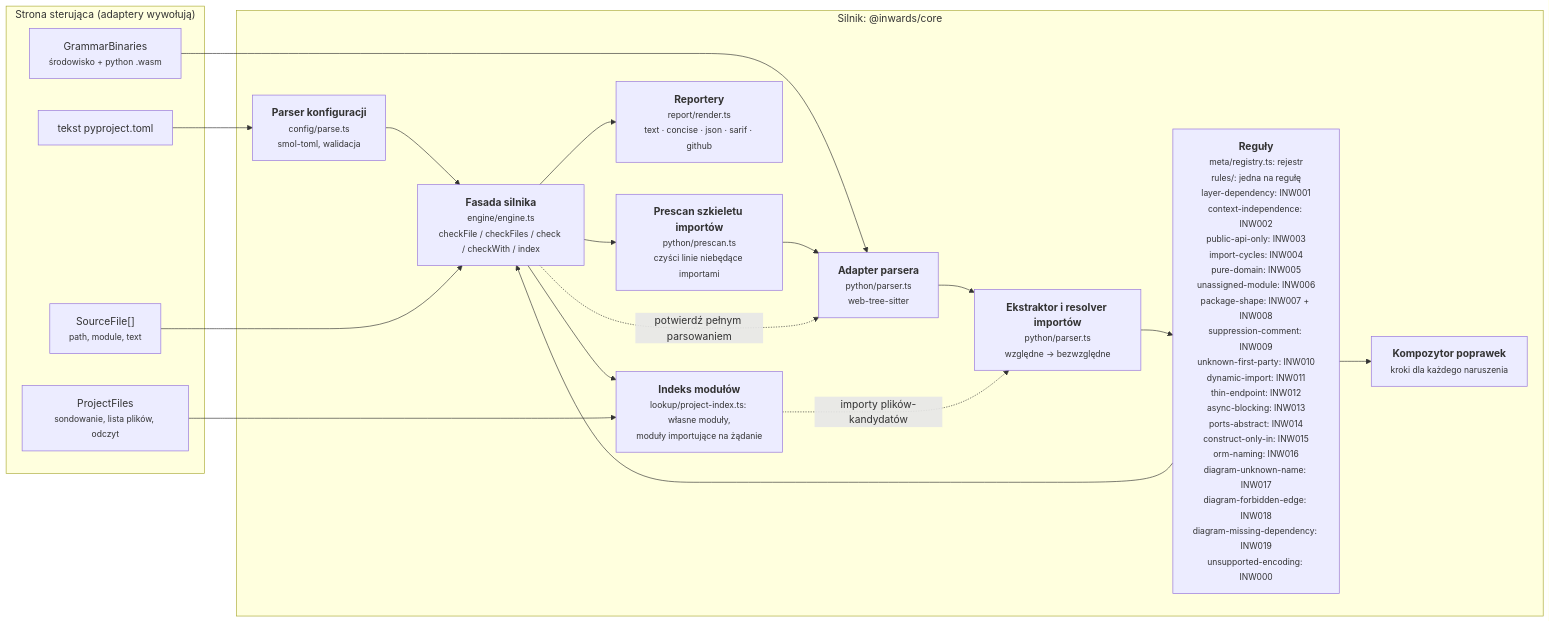
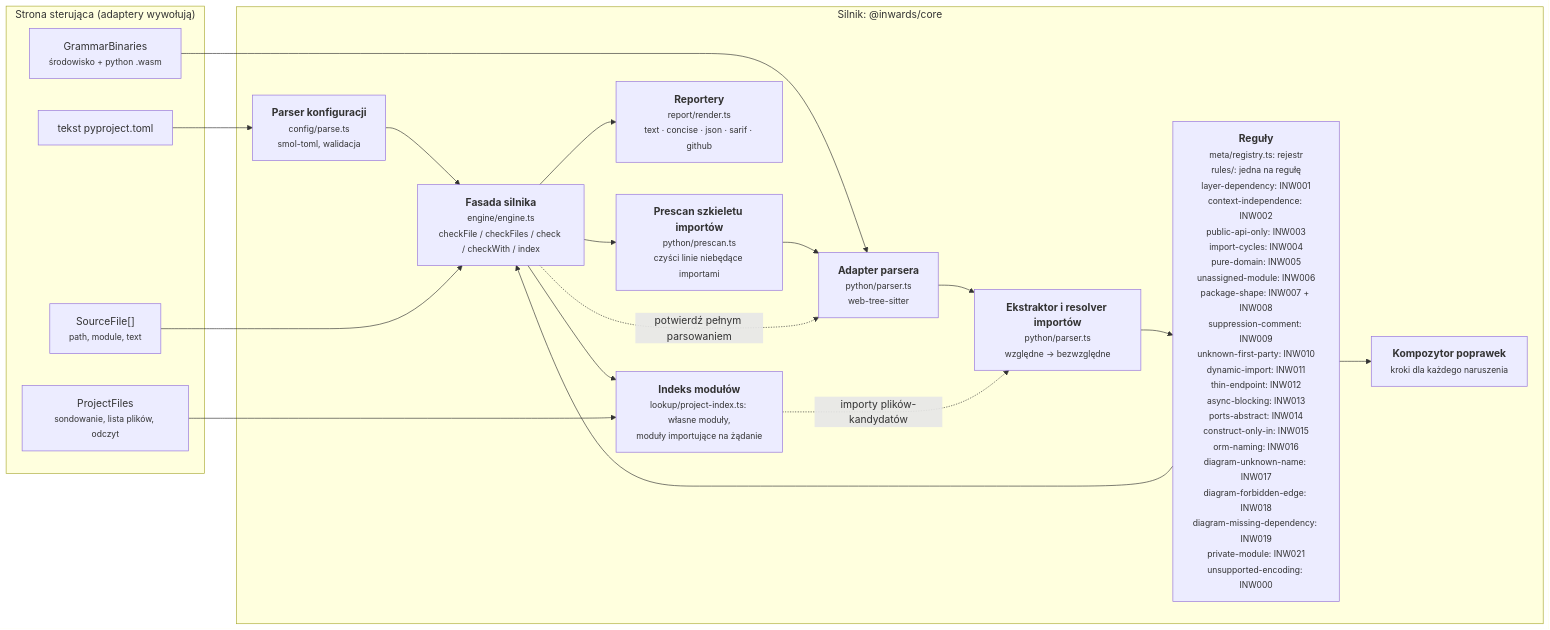
One commit to SirCypkowskyy/inwards changed the third of 6 diagrams in docs/pl/03-Architecture-C4.md. Above: the diagram before and after it, drawn with Mermaid. The commit also changed other lines of this file and 37 other files, not shown here.

````diff
--- a/docs/pl/03-Architecture-C4.md
+++ b/docs/pl/03-Architecture-C4.md
@@ -110,33 +110,33 @@
 ```mermaid
 flowchart LR
     subgraph driving["Strona sterująca (adaptery wywołują)"]
         files["SourceFile[]<br/><small>path, module, text</small>"]
         cfgtext["tekst pyproject.toml"]
         wasm["GrammarBinaries<br/><small>środowisko + python .wasm</small>"]
         pfiles["ProjectFiles<br/><small>sondowanie, lista plików, odczyt</small>"]
     end
 
     subgraph enginebox["Silnik: @inwards/core"]
         config["<b>Parser konfiguracji</b><br/><small>config/parse.ts<br/>smol-toml, walidacja</small>"]
         pre["<b>Prescan szkieletu importów</b><br/><small>python/prescan.ts<br/>czyści linie niebędące importami</small>"]
         parser["<b>Adapter parsera</b><br/><small>python/parser.ts<br/>web-tree-sitter</small>"]
         extract["<b>Ekstraktor i resolver importów</b><br/><small>python/parser.ts<br/>względne → bezwzględne</small>"]
-        rules["<b>Reguły</b><br/><small>meta/registry.ts: rejestr<br/>rules/: jedna na regułę<br/>layer-dependency: INW001<br/>context-independence: INW002<br/>public-api-only: INW003<br/>import-cycles: INW004<br/>pure-domain: INW005<br/>unassigned-module: INW006<br/>package-shape: INW007 + INW008<br/>suppression-comment: INW009<br/>unknown-first-party: INW010<br/>dynamic-import: INW011<br/>thin-endpoint: INW012<br/>async-blocking: INW013<br/>ports-abstract: INW014<br/>construct-only-in: INW015<br/>orm-naming: INW016<br/>diagram-unknown-name: INW017<br/>diagram-forbidden-edge: INW018<br/>diagram-missing-dependency: INW019<br/>unsupported-encoding: INW000</small>"]
+        rules["<b>Reguły</b><br/><small>meta/registry.ts: rejestr<br/>rules/: jedna na regułę<br/>layer-dependency: INW001<br/>context-independence: INW002<br/>public-api-only: INW003<br/>import-cycles: INW004<br/>pure-domain: INW005<br/>unassigned-module: INW006<br/>package-shape: INW007 + INW008<br/>suppression-comment: INW009<br/>unknown-first-party: INW010<br/>dynamic-import: INW011<br/>thin-endpoint: INW012<br/>async-blocking: INW013<br/>ports-abstract: INW014<br/>construct-only-in: INW015<br/>orm-naming: INW016<br/>diagram-unknown-name: INW017<br/>diagram-forbidden-edge: INW018<br/>diagram-missing-dependency: INW019<br/>private-module: INW021<br/>unsupported-encoding: INW000</small>"]
         fix["<b>Kompozytor poprawek</b><br/><small>kroki dla każdego naruszenia</small>"]
         report["<b>Reportery</b><br/><small>report/render.ts<br/>text · concise · json · sarif · github</small>"]
         engine["<b>Fasada silnika</b><br/><small>engine/engine.ts<br/>checkFile / checkFiles / check / checkWith / index</small>"]
         modgraph["<b>Indeks modułów</b><br/><small>lookup/project-index.ts: własne moduły,<br/>moduły importujące na żądanie</small>"]
     end
 
     cfgtext --> config --> engine
     wasm --> parser
     files --> engine
     engine --> pre --> parser --> extract --> rules
     rules --> fix
     rules --> engine
     engine -. "potwierdź pełnym parsowaniem" .-> parser
     engine --> modgraph
     pfiles --> modgraph
     modgraph -. "importy plików-kandydatów" .-> extract
     engine --> report
 ```
````
